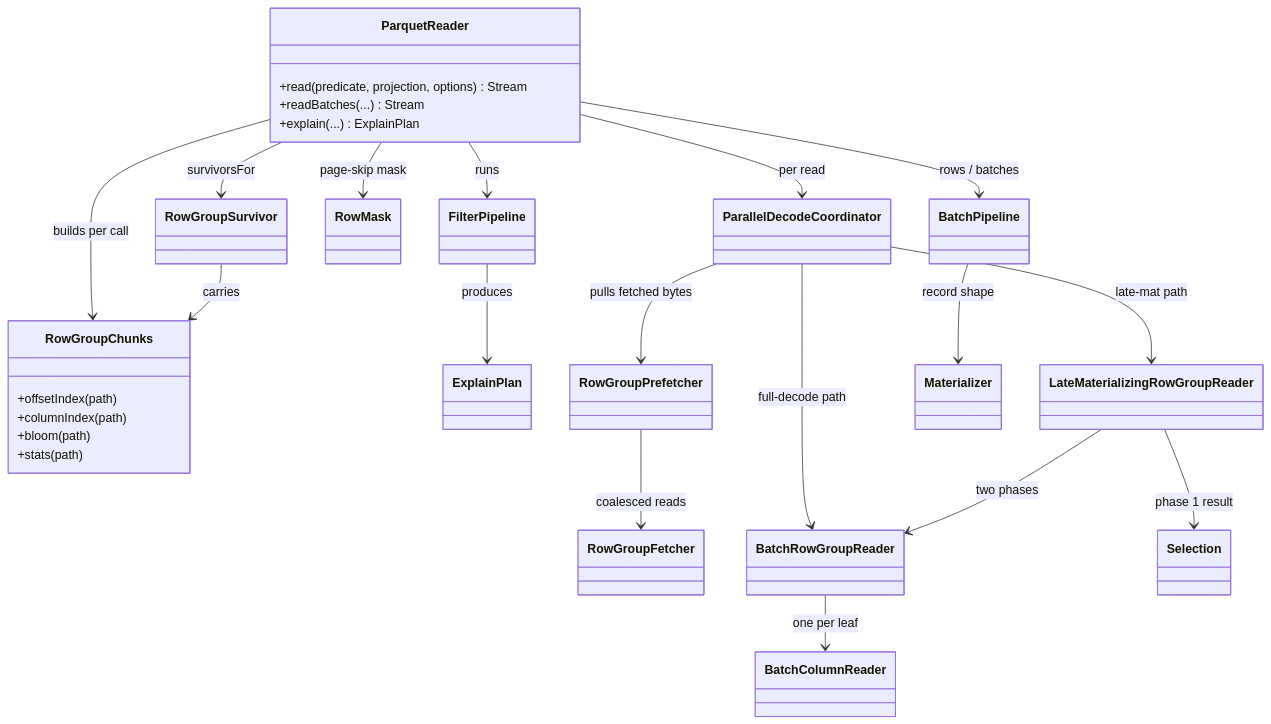
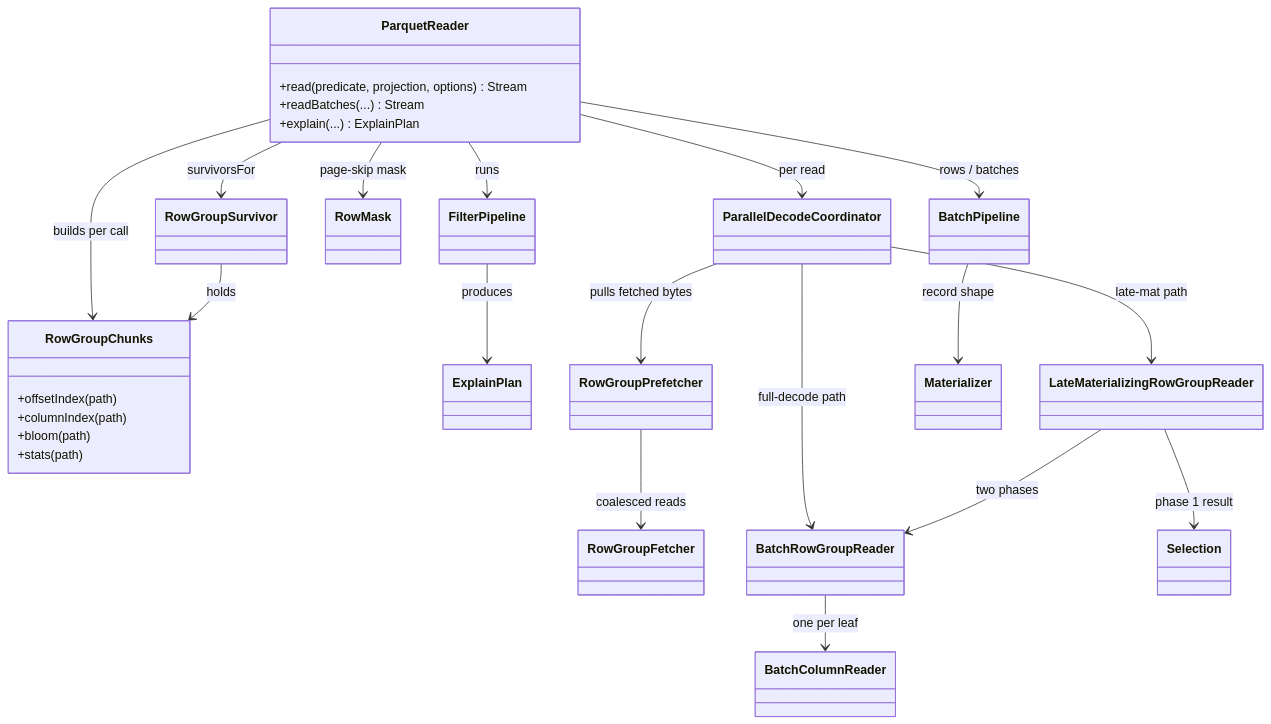
Before and after one commit to tileverse-io/parquetry: the seventh of 7 diagrams in docs/read-path.md, drawn with Mermaid. The commit also changed other lines of this file and 47 other files, not shown here.

````diff
--- a/docs/read-path.md
+++ b/docs/read-path.md
@@ -288,44 +308,44 @@
 ```mermaid
 classDiagram
     class ParquetReader {
         +read(predicate, projection, options) Stream
         +readBatches(...) Stream
         +explain(...) ExplainPlan
     }
     class RowGroupChunks {
         +offsetIndex(path)
         +columnIndex(path)
         +bloom(path)
         +stats(path)
     }
     class FilterPipeline
     class ExplainPlan
     class RowGroupSurvivor
     class RowMask
     class ParallelDecodeCoordinator
     class RowGroupPrefetcher
     class RowGroupFetcher
     class BatchRowGroupReader
     class BatchColumnReader
     class LateMaterializingRowGroupReader
     class Selection
     class BatchPipeline
     class Materializer
 
     ParquetReader --> RowGroupChunks : builds per call
     ParquetReader --> FilterPipeline : runs
     FilterPipeline --> ExplainPlan : produces
     ParquetReader --> RowGroupSurvivor : survivorsFor
-    RowGroupSurvivor --> RowGroupChunks : carries
+    RowGroupSurvivor --> RowGroupChunks : holds
     ParquetReader --> RowMask : page-skip mask
     ParquetReader --> ParallelDecodeCoordinator : per read
     ParallelDecodeCoordinator --> RowGroupPrefetcher : pulls fetched bytes
     RowGroupPrefetcher --> RowGroupFetcher : coalesced reads
     ParallelDecodeCoordinator --> BatchRowGroupReader : full-decode path
     ParallelDecodeCoordinator --> LateMaterializingRowGroupReader : late-mat path
     BatchRowGroupReader --> BatchColumnReader : one per leaf
     LateMaterializingRowGroupReader --> BatchRowGroupReader : two phases
     LateMaterializingRowGroupReader --> Selection : phase 1 result
     ParquetReader --> BatchPipeline : rows / batches
     BatchPipeline --> Materializer : record shape
 ```
````
